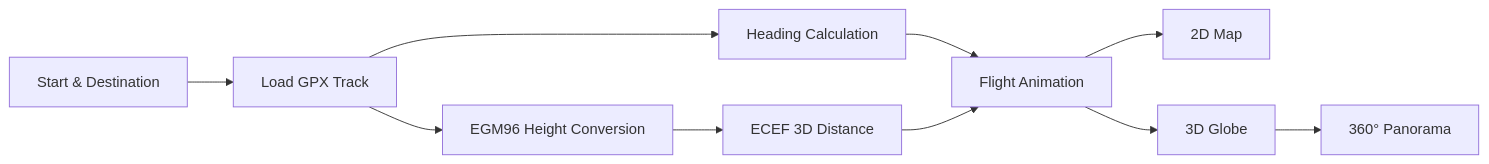
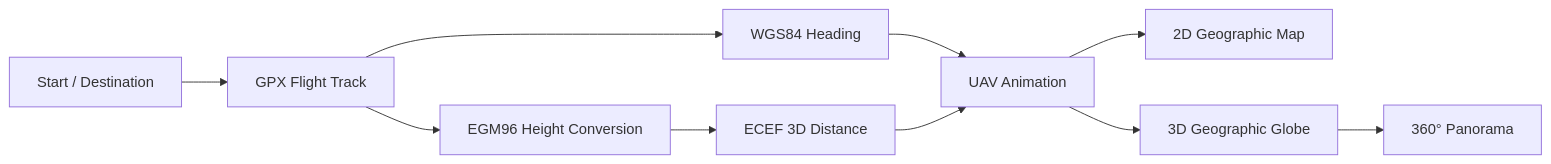
Before and after one commit to bekiroruk/uav-flight-path-visualization: the diagram in README.md, drawn with Mermaid. The commit also changed other lines of this file, not shown here.

````diff
--- a/README.md
+++ b/README.md
@@ -47,12 +30,12 @@
 ```mermaid
 flowchart LR
-    A[Start & Destination] --> B[Load GPX Track]
-    B --> C[Heading Calculation]
+    A[Start / Destination] --> B[GPX Flight Track]
+    B --> C[WGS84 Heading]
     B --> D[EGM96 Height Conversion]
     D --> E[ECEF 3D Distance]
-    C --> F[Flight Animation]
+    C --> F[UAV Animation]
     E --> F
-    F --> G[2D Map]
-    F --> H[3D Globe]
+    F --> G[2D Geographic Map]
+    F --> H[3D Geographic Globe]
     H --> I[360° Panorama]
 ```
````
